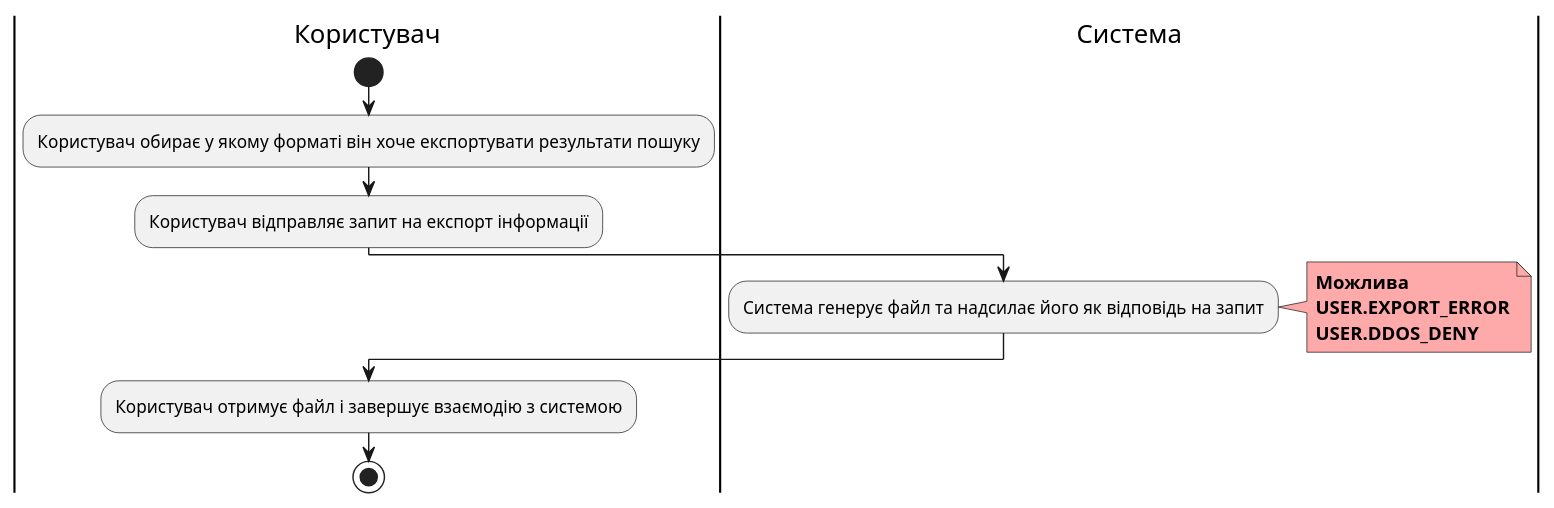
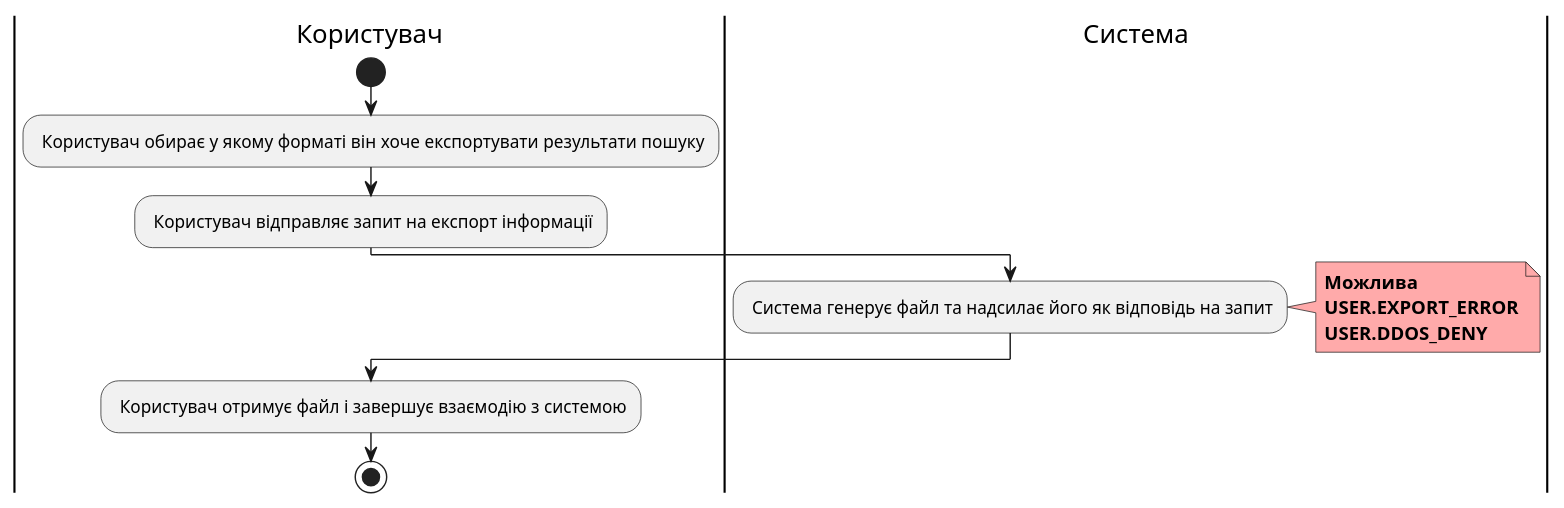
The sixth of 7 diagrams in docs/use cases/README.md (edu-db/edu_db_labs), drawn with PlantUML before and after one commit. The commit also changed other lines of this file, not shown here.

```diff
--- a/docs/use cases/README.md
+++ b/docs/use cases/README.md
@@ -202,21 +202,21 @@
 @startuml
 
 |Користувач|
 start
-:Користувач обирає у якому форматі він хоче експортувати результати пошуку;
+: Користувач обирає у якому форматі він хоче експортувати результати пошуку;
 
-:Користувач відправляє запит на експорт інформації;
+: Користувач відправляє запит на експорт інформації;
 
 |Система|
-:Система генерує файл та надсилає його як відповідь на запит;
+: Система генерує файл та надсилає його як відповідь на запит;
 
 note right #ffaaaa
 <b>Можлива</b>
 <b>USER.EXPORT_ERROR</b>
 <b>USER.DDOS_DENY</b>
 end note
 |Користувач|
-:Користувач отримує файл і завершує взаємодію з системою;
+: Користувач отримує файл і завершує взаємодію з системою;
     stop;
 
 @enduml
```
